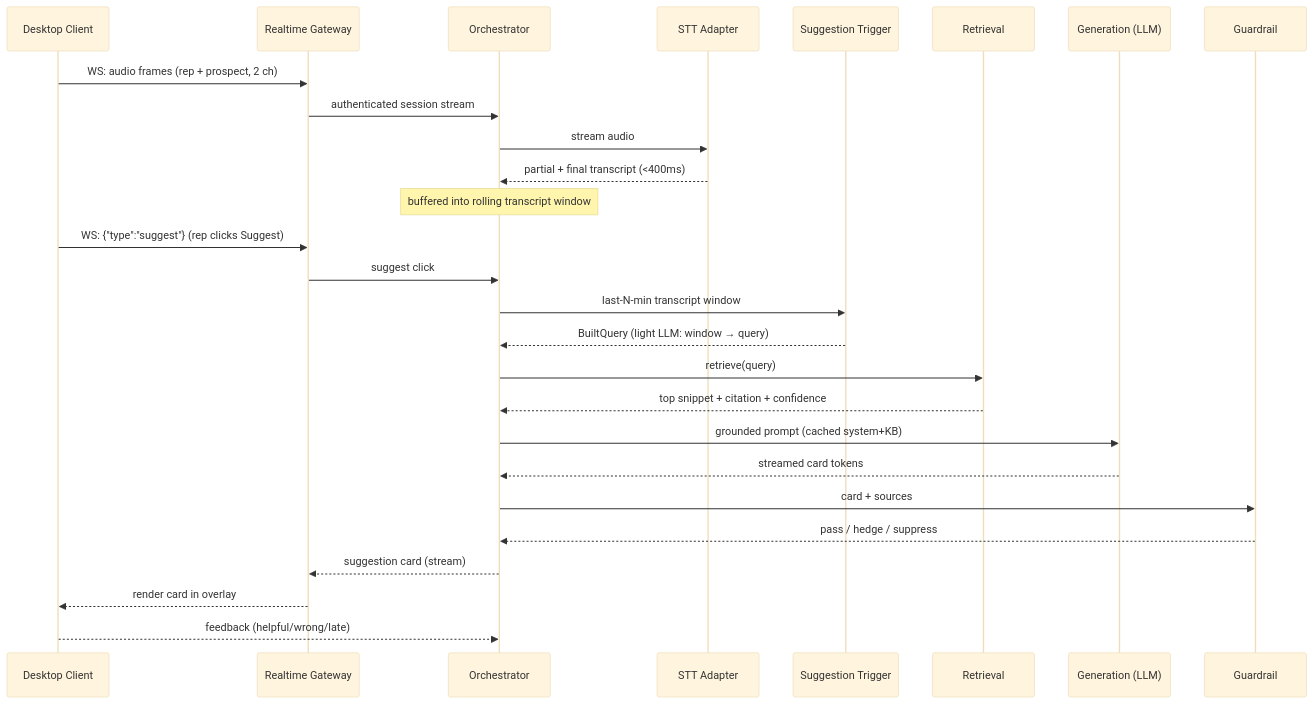
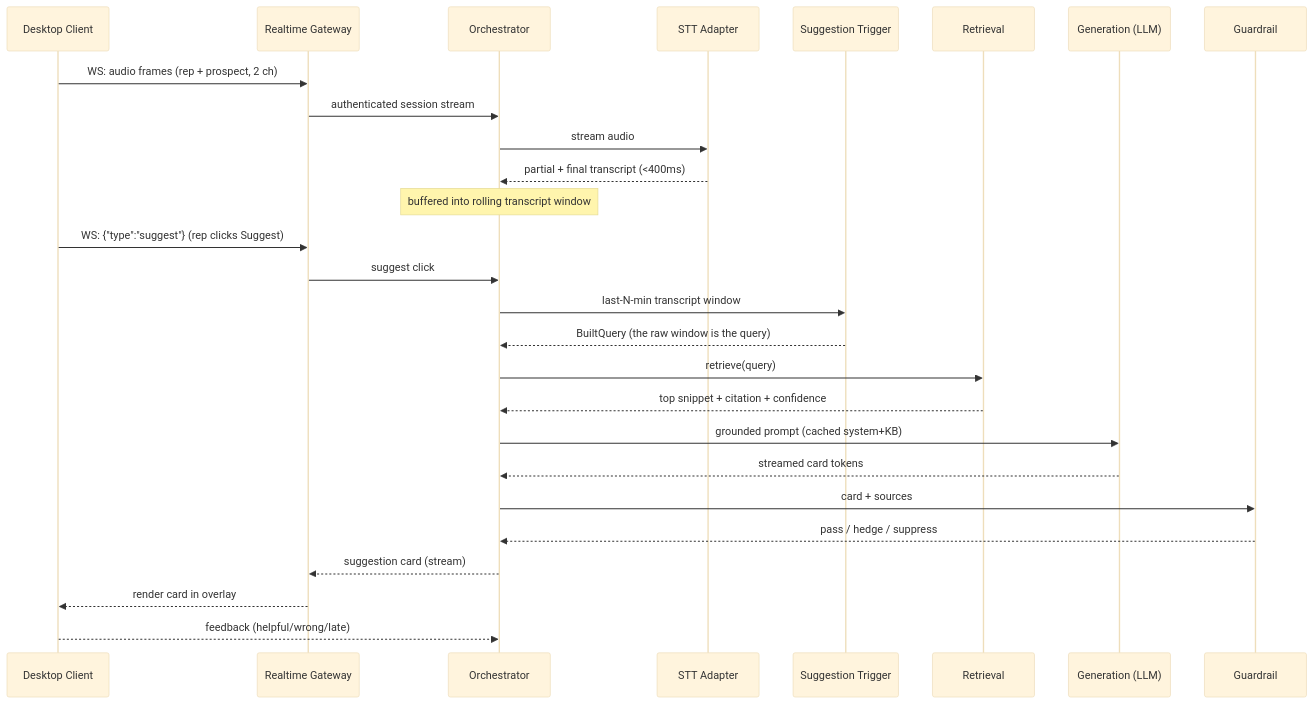
Before and after one commit to VanshNarang12/Sales_Agent: the second of 4 diagrams in ARCHITECTURE.md, drawn with Mermaid (base theme). The commit also changed other lines of this file and 30 other files, not shown here.

Commit message:
adding call storing in redis and including llm call to make the query when the user clicks suggest

````diff
--- a/ARCHITECTURE.md
+++ b/ARCHITECTURE.md
@@ -238,30 +238,30 @@
 ```mermaid
 sequenceDiagram
     participant C as Desktop Client
     participant G as Realtime Gateway
     participant O as Orchestrator
     participant S as STT Adapter
     participant D as Suggestion Trigger
     participant R as Retrieval
     participant L as Generation (LLM)
     participant Gd as Guardrail
 
     C->>G: WS: audio frames (rep + prospect, 2 ch)
     G->>O: authenticated session stream
     O->>S: stream audio
     S-->>O: partial + final transcript (<400ms)
     Note over O: buffered into rolling transcript window
     C->>G: WS: {"type":"suggest"} (rep clicks Suggest)
     G->>O: suggest click
     O->>D: last-N-min transcript window
-    D-->>O: BuiltQuery (light LLM: window → query)
+    D-->>O: BuiltQuery (the raw window is the query)
     O->>R: retrieve(query)
     R-->>O: top snippet + citation + confidence
     O->>L: grounded prompt (cached system+KB)
     L-->>O: streamed card tokens
     O->>Gd: card + sources
     Gd-->>O: pass / hedge / suppress
     O-->>G: suggestion card (stream)
     G-->>C: render card in overlay
     C-->>O: feedback (helpful/wrong/late)
 ```
````
